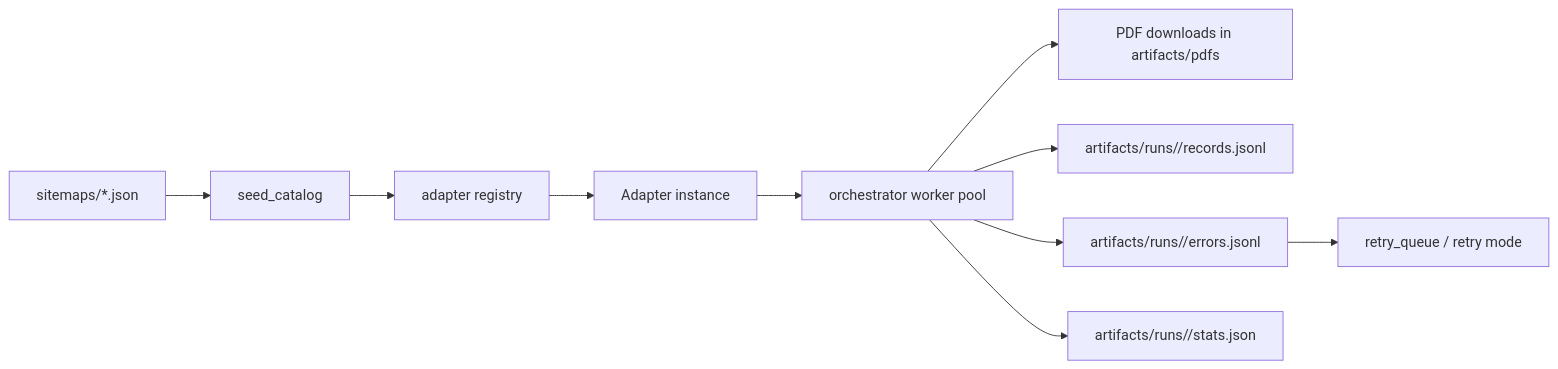
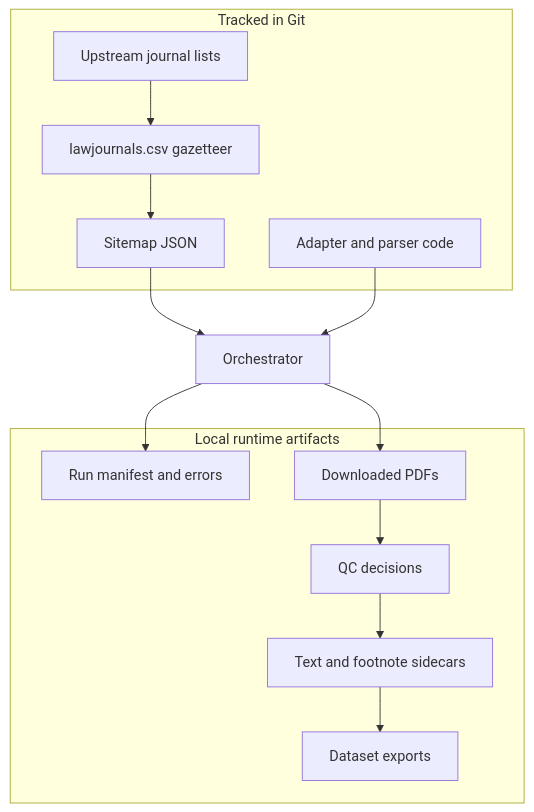
Before and after one commit to dbateyko/offprint: the diagram in docs/ARCHITECTURE.md, drawn with Mermaid. The commit also changed other lines of this file and 15 other files, not shown here.

````diff
--- a/docs/ARCHITECTURE.md
+++ b/docs/ARCHITECTURE.md
@@ -16,12 +9,27 @@
 ```mermaid
-flowchart LR
-    S[sitemaps/*.json] --> C[seed_catalog]
-    C --> R[adapter registry]
-    R --> A[Adapter instance]
-    A --> O[orchestrator worker pool]
-    O --> P[PDF downloads in artifacts/pdfs]
-    O --> M[artifacts/runs/<run_id>/records.jsonl]
-    O --> E[artifacts/runs/<run_id>/errors.jsonl]
-    O --> T[artifacts/runs/<run_id>/stats.json]
-    E --> Q[retry_queue / retry mode]
+flowchart TD
+    subgraph Tracked[Tracked in Git]
+        U[Upstream journal lists]
+        G[lawjournals.csv gazetteer]
+        S[Sitemap JSON]
+        C[Adapter and parser code]
+    end
+
+    subgraph Runtime[Local runtime artifacts]
+        M[Run manifest and errors]
+        D[Downloaded PDFs]
+        Q[QC decisions]
+        T[Text and footnote sidecars]
+        X[Dataset exports]
+    end
+
+    U --> G
+    G --> S
+    S --> O[Orchestrator]
+    C --> O
+    O --> M
+    O --> D
+    D --> Q
+    Q --> T
+    T --> X
 ```
````
